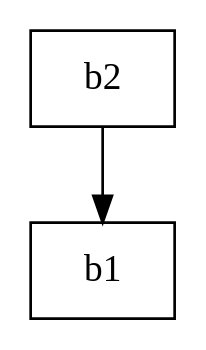
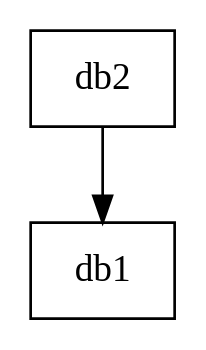
One commit to AaronGMG2000/Vacaciones_Diciembre_ProyectoEDD changed the diagram in bases.dot. Above: the diagram before and after it, drawn with Graphviz. The commit also changed 3 other files, not shown here.

```diff
--- a/bases.dot
+++ b/bases.dot
@@ -1,7 +1,7 @@
 digraph dibujo{
 graph [ordering="out"];rankdir=TB;
 node [shape = box];
-Nodob2 [label = "b2"];
-Nodob1 [label = "b1"];
-Nodob2->Nodob1;
+Nododb2 [label = "db2"];
+Nododb1 [label = "db1"];
+Nododb2->Nododb1;
 }
```
